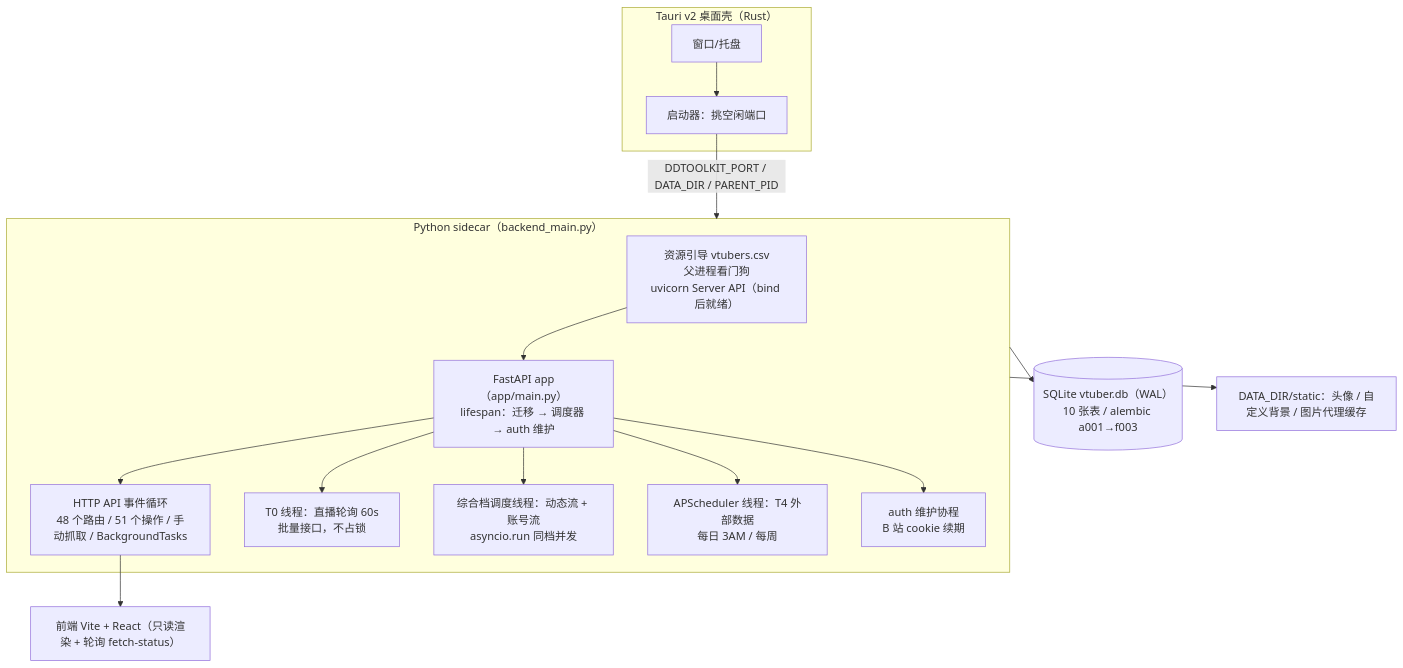
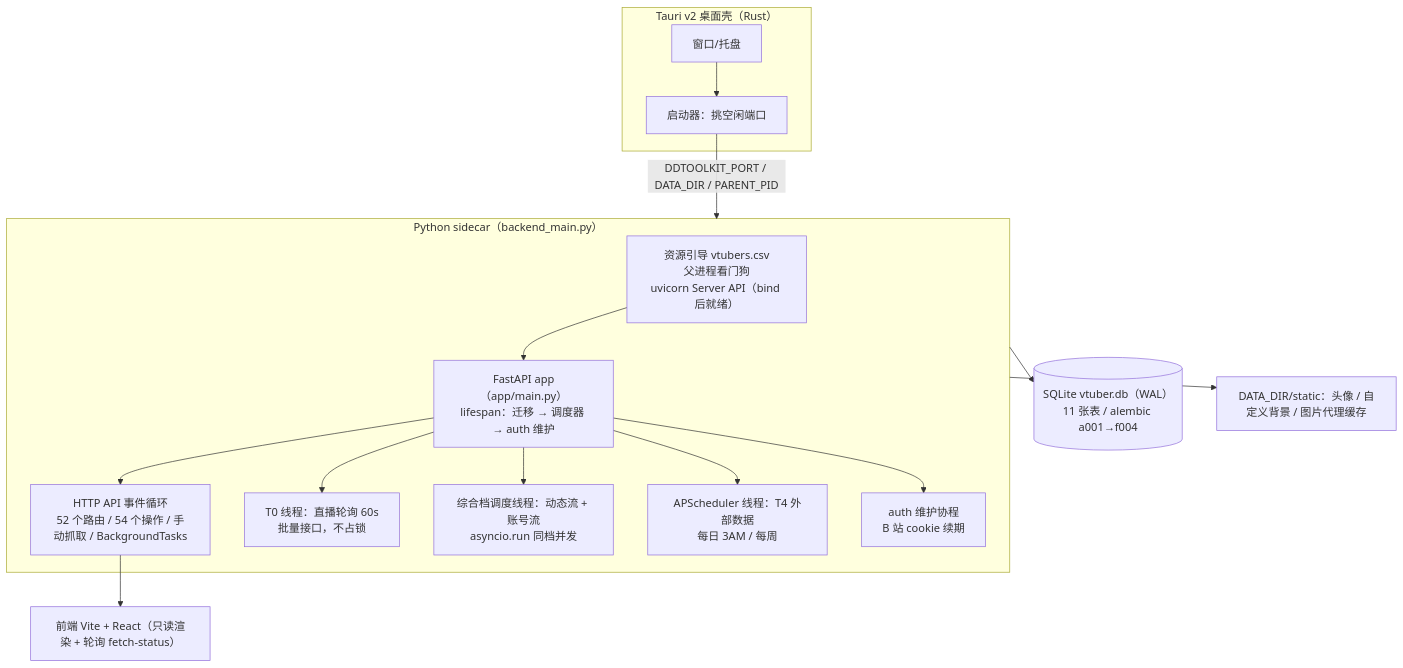
The first of 8 diagrams in docs/ARCHITECTURE.md (Mrslippe/DDToolkit), drawn with Mermaid before and after one commit. The commit also changed other lines of this file and 32 other files, not shown here.

````diff
--- a/docs/ARCHITECTURE.md
+++ b/docs/ARCHITECTURE.md
@@ -23,21 +23,21 @@
 ```mermaid
 flowchart TB
   subgraph Shell["Tauri v2 桌面壳（Rust）"]
     W[窗口/托盘] --> L[启动器：挑空闲端口]
   end
   L -->|"DDTOOLKIT_PORT / DATA_DIR / PARENT_PID"| S
 
   subgraph S["Python sidecar（backend_main.py）"]
     BM["资源引导 vtubers.csv<br/>父进程看门狗<br/>uvicorn Server API（bind 后就绪）"]
     BM --> APP["FastAPI app（app/main.py）<br/>lifespan：迁移 → 调度器 → auth 维护"]
-    APP --> HTTP["HTTP API 事件循环<br/>48 个路由 / 51 个操作 / 手动抓取 / BackgroundTasks"]
+    APP --> HTTP["HTTP API 事件循环<br/>52 个路由 / 54 个操作 / 手动抓取 / BackgroundTasks"]
     APP --> T0["T0 线程：直播轮询 60s<br/>批量接口，不占锁"]
     APP --> TIER["综合档调度线程：动态流 + 账号流<br/>asyncio.run 同档并发"]
     APP --> APS["APScheduler 线程：T4 外部数据<br/>每日 3AM / 每周"]
     APP --> AUTH["auth 维护协程<br/>B 站 cookie 续期"]
   end
 
-  S --> DB[("SQLite vtuber.db（WAL）<br/>10 张表 / alembic a001→f003")]
+  S --> DB[("SQLite vtuber.db（WAL）<br/>11 张表 / alembic a001→f004")]
   S --> FS["DATA_DIR/static：头像 / 自定义背景 / 图片代理缓存"]
   HTTP --> UI["前端 Vite + React（只读渲染 + 轮询 fetch-status）"]
 ```
````
